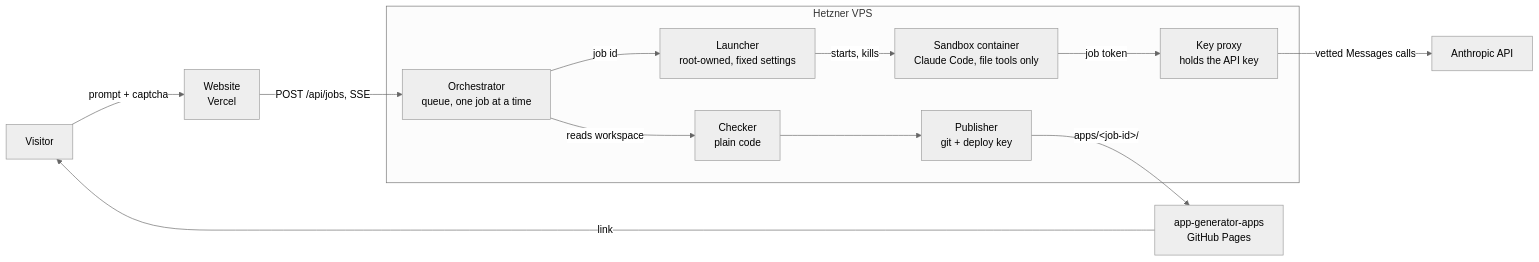
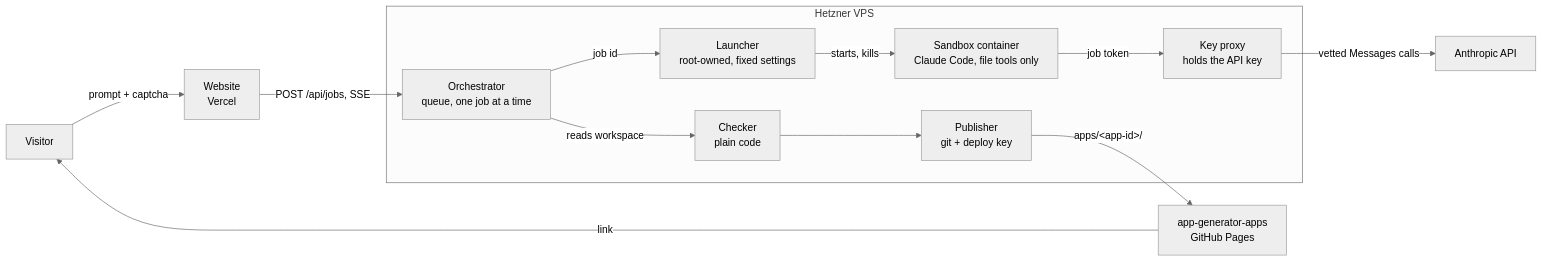
Before and after one commit to LukasB3/app-generator: the diagram in README.md, drawn with Mermaid (neutral theme). The commit also changed other lines of this file and 22 other files, not shown here.

````diff
--- a/README.md
+++ b/README.md
@@ -9,15 +9,15 @@
 ```mermaid
 flowchart LR
   V[Visitor] -->|prompt + captcha| W[Website<br/>Vercel]
   W -->|POST /api/jobs, SSE| O[Orchestrator<br/>queue, one job at a time]
   subgraph VPS[Hetzner VPS]
     O -->|job id| L[Launcher<br/>root-owned, fixed settings]
     L -->|starts, kills| S[Sandbox container<br/>Claude Code, file tools only]
     S -->|job token| P[Key proxy<br/>holds the API key]
     O -->|reads workspace| C[Checker<br/>plain code]
     C --> G[Publisher<br/>git + deploy key]
   end
   P -->|vetted Messages calls| A[Anthropic API]
-  G -->|apps/&lt;job-id&gt;/| R[app-generator-apps<br/>GitHub Pages]
+  G -->|apps/&lt;app-id&gt;/| R[app-generator-apps<br/>GitHub Pages]
   R -->|link| V
 ```
````
